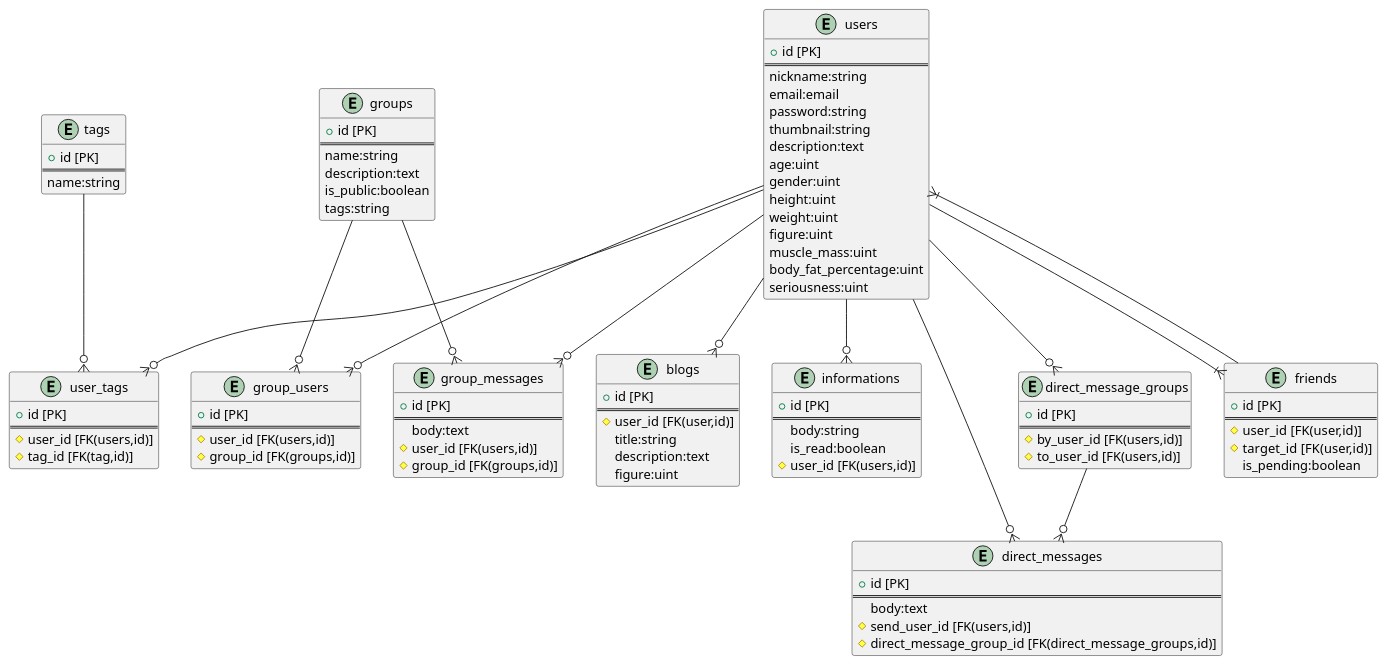
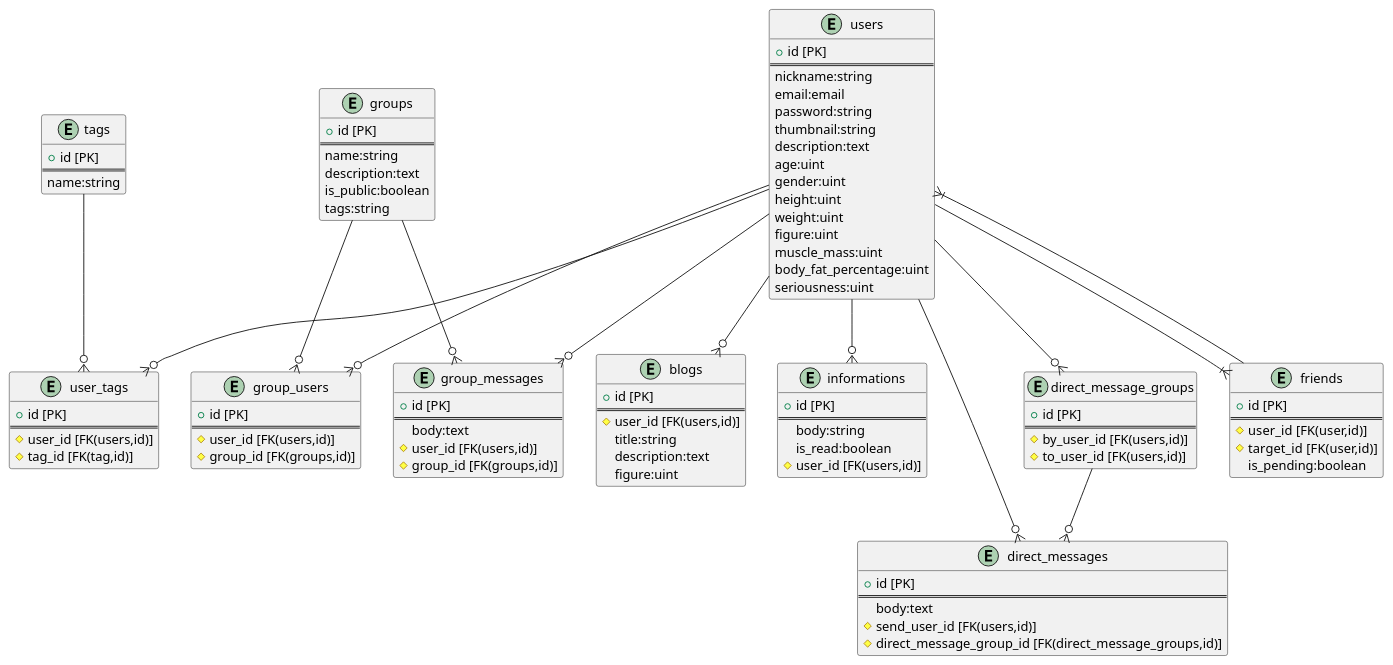
The diagram in docs/ER.md (NAKKA-K/musclers), drawn with PlantUML before and after one commit.

Commit message:
[修正]blogsテーブルのER図設計

```diff
--- a/docs/ER.md
+++ b/docs/ER.md
@@ -105,7 +105,7 @@
 entity "blogs" {
     + id [PK]
     ==
-    # user_id [FK(user,id)]
+    # user_id [FK(users,id)]
     title:string
     description:text
     figure:uint
```
